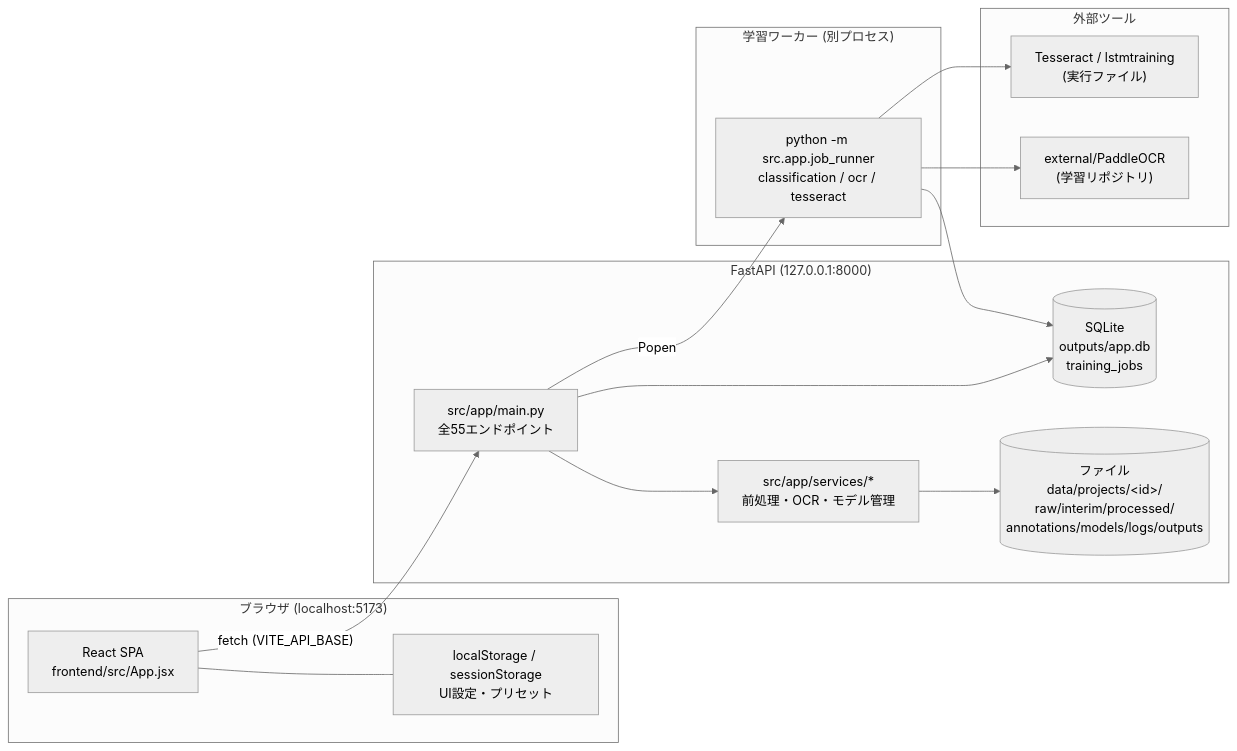
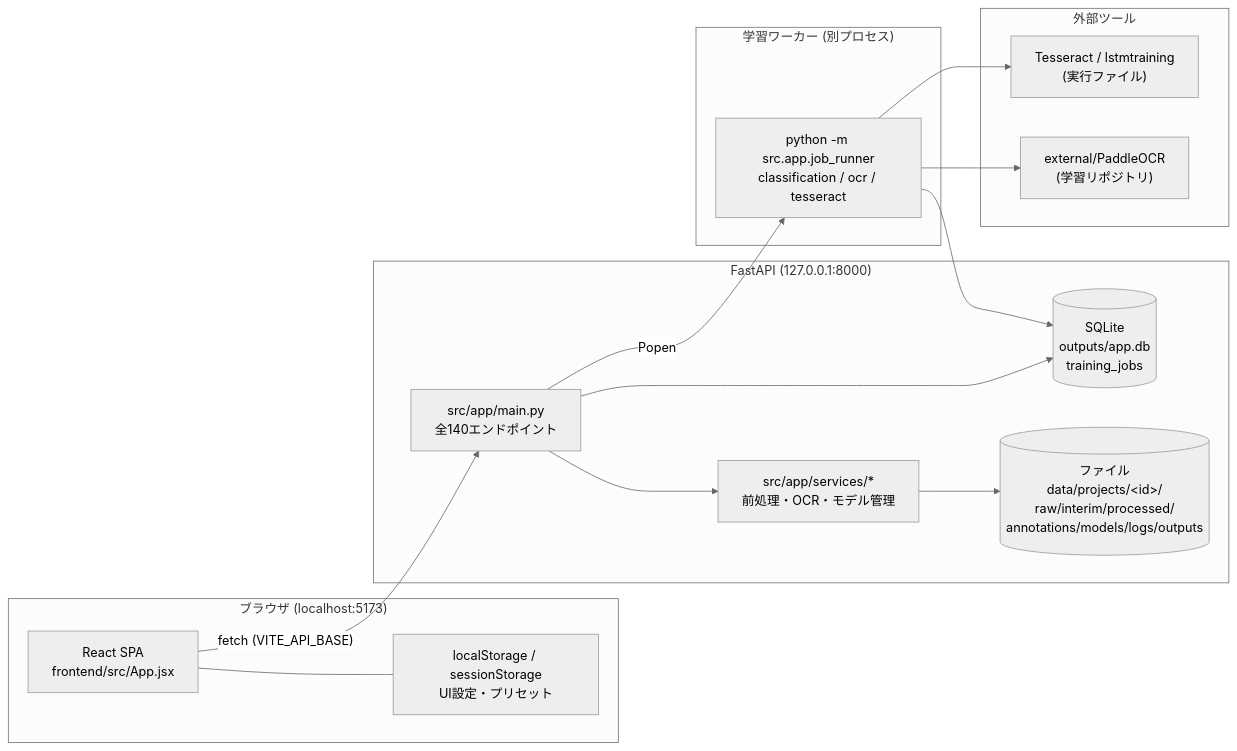
Before and after one commit to bs-shashimoto2048/OCR_Crafter: the first of 3 diagrams in docs/01_ARCHITECTURE.md, drawn with Mermaid (neutral theme). The commit also changed other lines of this file and 20 other files, not shown here.

````diff
--- a/docs/01_ARCHITECTURE.md
+++ b/docs/01_ARCHITECTURE.md
@@ -7,29 +7,29 @@
 ```mermaid
 flowchart LR
     subgraph Browser["ブラウザ (localhost:5173)"]
         UI["React SPA<br/>frontend/src/App.jsx"]
         LS["localStorage / sessionStorage<br/>UI設定・プリセット"]
     end
     subgraph Backend["FastAPI (127.0.0.1:8000)"]
-        API["src/app/main.py<br/>全55エンドポイント"]
+        API["src/app/main.py<br/>全140エンドポイント"]
         SVC["src/app/services/*<br/>前処理・OCR・モデル管理"]
         DB[("SQLite<br/>outputs/app.db<br/>training_jobs")]
         FS[("ファイル<br/>data/projects/&lt;id&gt;/<br/>raw/interim/processed/<br/>annotations/models/logs/outputs")]
     end
     subgraph Workers["学習ワーカー (別プロセス)"]
         JR["python -m src.app.job_runner<br/>classification / ocr / tesseract"]
     end
     subgraph External["外部ツール"]
         TESS["Tesseract / lstmtraining<br/>(実行ファイル)"]
         PDL["external/PaddleOCR<br/>(学習リポジトリ)"]
     end
     UI -- "fetch (VITE_API_BASE)" --> API
     UI --- LS
     API --> SVC
     SVC --> FS
     API --> DB
     API -- "Popen" --> JR
     JR --> DB
     JR --> TESS
     JR --> PDL
 ```
````
